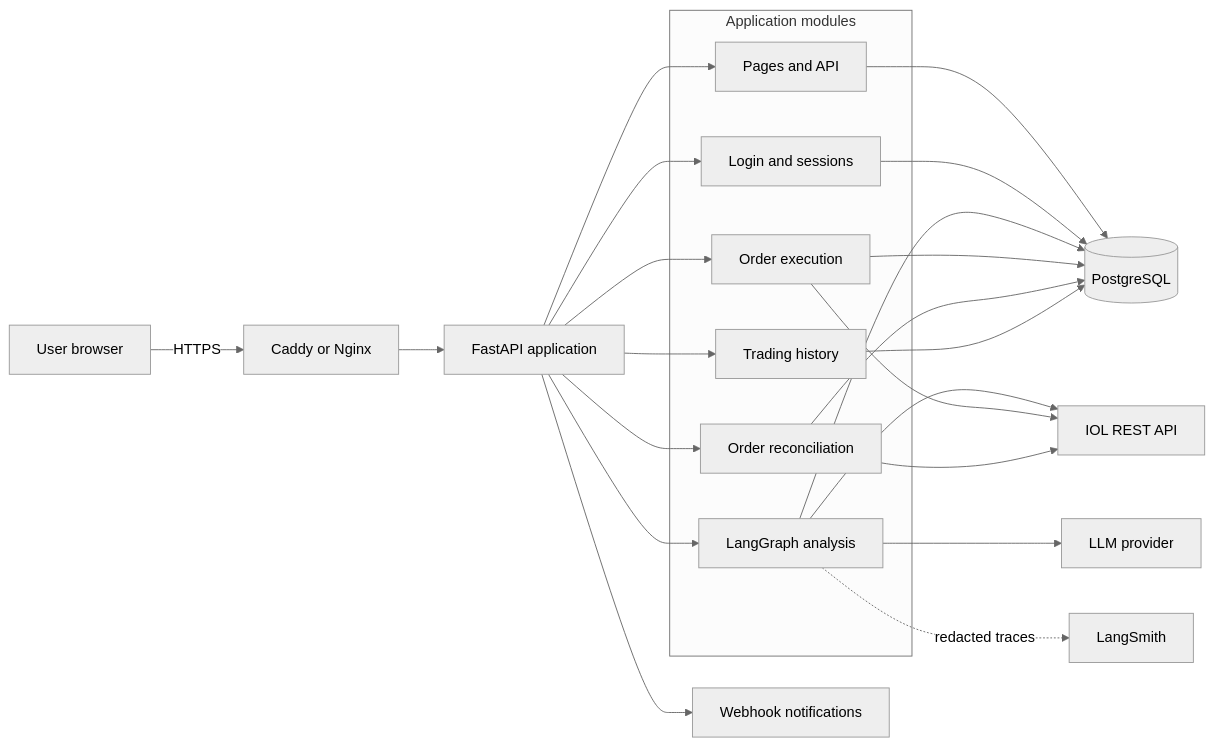
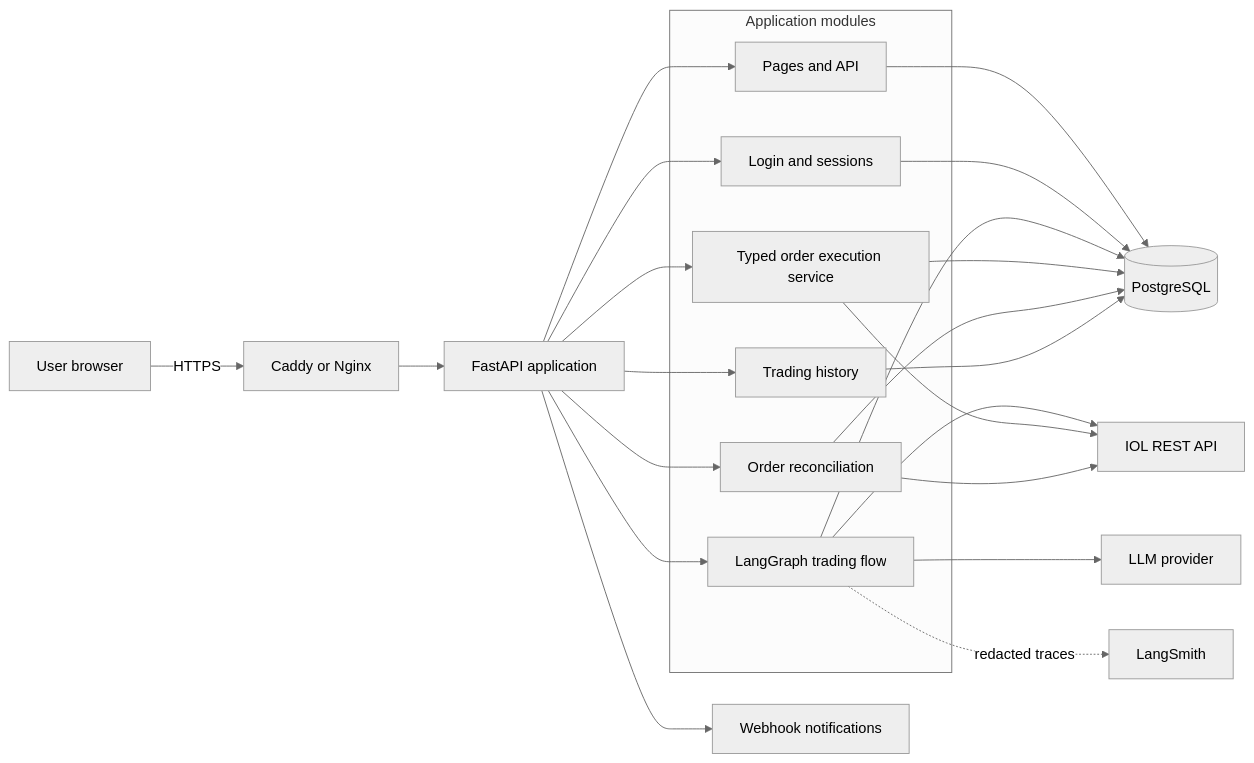
One commit to joseluismuzikant/ia-trading-broker changed the first of 4 diagrams in README.md. Above: the diagram before and after it, drawn with Mermaid (neutral theme). The commit also changed other lines of this file, not shown here.

````diff
--- a/README.md
+++ b/README.md
@@ -74,35 +78,35 @@
 ```mermaid README.md
 flowchart LR
     U[User browser] -->|HTTPS| P[Caddy or Nginx]
     P --> A[FastAPI application]
 
     subgraph APP[Application modules]
         WEB[Pages and API]
         AUTH[Login and sessions]
-        GRAPH[LangGraph analysis]
-        EXEC[Order execution]
+        GRAPH[LangGraph trading flow]
+        EXEC[Typed order execution service]
         RECON[Order reconciliation]
         HISTORY[Trading history]
     end
 
     A --> WEB
     A --> AUTH
     A --> GRAPH
     A --> EXEC
     A --> RECON
     A --> HISTORY
 
     WEB --> DB[(PostgreSQL)]
     AUTH --> DB
     GRAPH --> DB
     EXEC --> DB
     RECON --> DB
     HISTORY --> DB
 
     GRAPH --> IOL[IOL REST API]
     EXEC --> IOL
     RECON --> IOL
     GRAPH --> LLM[LLM provider]
     GRAPH -. redacted traces .-> LS[LangSmith]
     A --> WH[Webhook notifications]
 ```
````
